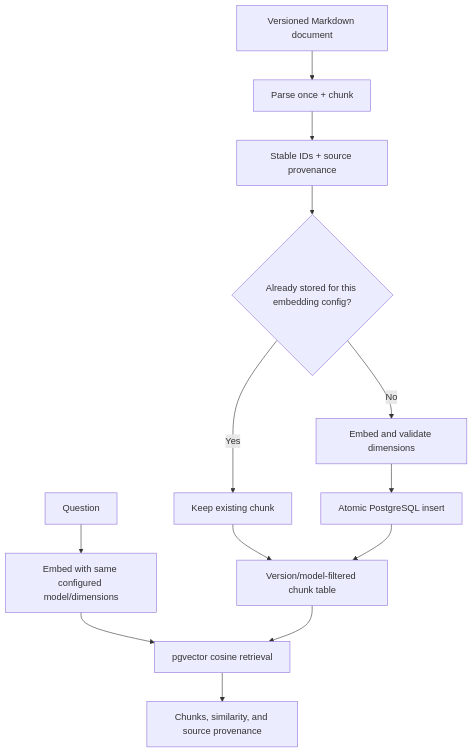
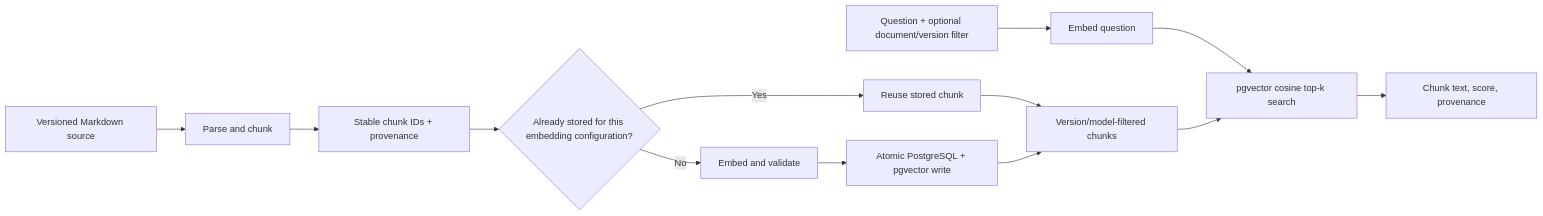
One commit to nandinikori/FAQ_Assistant_Using_RAG changed diagram 11 of 12 in README.md. Above: the diagram before and after it, drawn with Mermaid. The commit also changed other lines of this file and 8 other files, not shown here.

First line of the commit message:
Implement advanced retrieval methods and evaluation framework for FAQ and document retrieval

````diff
--- a/README.md
+++ b/README.md
@@ -500,15 +498,15 @@
 ```mermaid
-flowchart TD
-    A["Versioned Markdown document"] --> B["Parse once + chunk"]
-    B --> C["Stable IDs + source provenance"]
-    C --> D{"Already stored for this embedding config?"}
-    D -->|"Yes"| G["Keep existing chunk"]
-    D -->|"No"| E["Embed and validate dimensions"]
-    E --> F["Atomic PostgreSQL insert"]
-    G --> H["Version/model-filtered chunk table"]
-    F --> H
-    Q["Question"] --> I["Embed with same configured model/dimensions"]
-    I --> J["pgvector cosine retrieval"]
-    H --> J
-    J --> K["Chunks, similarity, and source provenance"]
+flowchart LR
+    S["Versioned Markdown source"] --> P["Parse and chunk"]
+    P --> I["Stable chunk IDs + provenance"]
+    I --> E{"Already stored for this embedding configuration?"}
+    E -->|"Yes"| V["Reuse stored chunk"]
+    E -->|"No"| G["Embed and validate"]
+    G --> DB["Atomic PostgreSQL + pgvector write"]
+    V --> R["Version/model-filtered chunks"]
+    DB --> R
+    Q["Question + optional document/version filter"] --> QE["Embed question"]
+    QE --> NN["pgvector cosine top-k search"]
+    R --> NN
+    NN --> O["Chunk text, score, provenance"]
 ```
````
